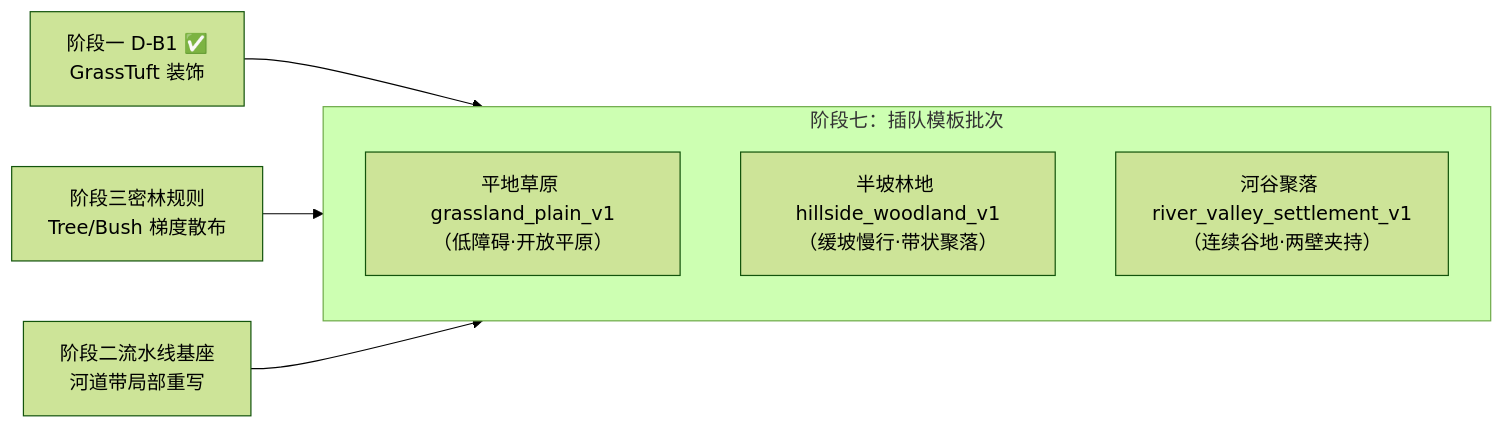
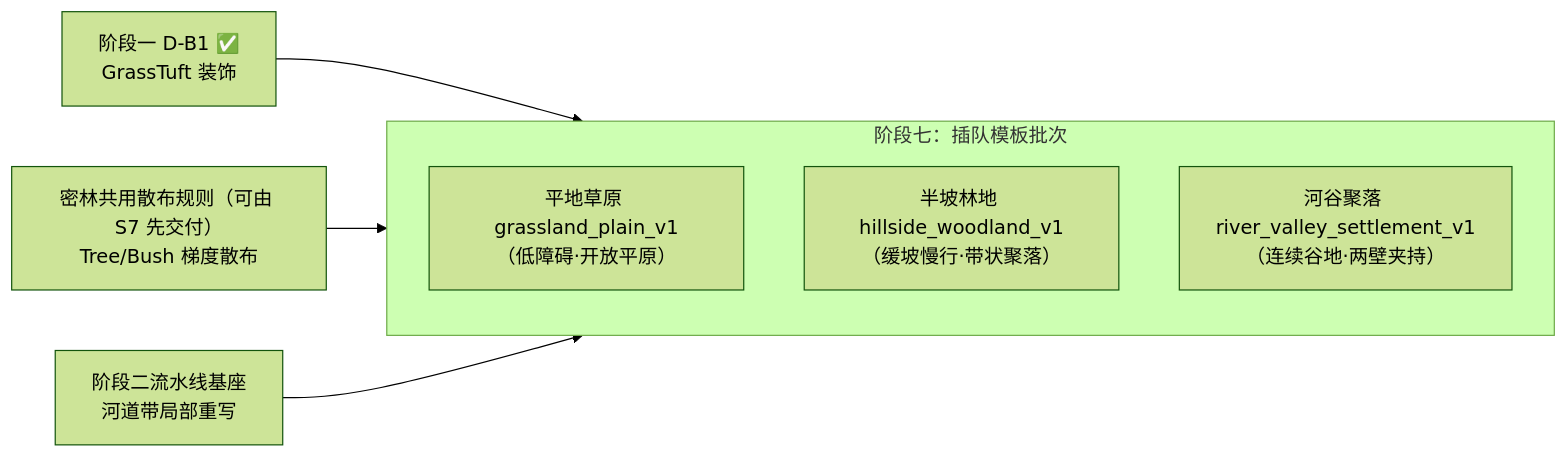
One commit to g39088902/FlowAndAccord changed the diagram in STAGE-07-TODO.md. Above: the diagram before and after it, drawn with Mermaid (forest theme). The commit also changed 4 other files, not shown here.

````diff
--- a/STAGE-07-TODO.md
+++ b/STAGE-07-TODO.md
@@ -46,12 +46,12 @@
 ```mermaid
 flowchart LR
     subgraph S7["阶段七：插队模板批次"]
         direction TB
         P7A["平地草原 grassland_plain_v1<br/>（低障碍·开放平原）"]
         P7B["半坡林地 hillside_woodland_v1<br/>（缓坡慢行·带状聚落）"]
         P7C["河谷聚落 river_valley_settlement_v1<br/>（连续谷地·两壁夹持）"]
     end
     D1["阶段一 D-B1 ✅<br/>GrassTuft 装饰"] --> P7A
-    D3["阶段三密林规则<br/>Tree/Bush 梯度散布"] --> P7B
+    D3["密林共用散布规则（可由 S7 先交付）<br/>Tree/Bush 梯度散布"] --> P7B
     S2["阶段二流水线基座<br/>河道带局部重写"] --> P7C
 ```
````
